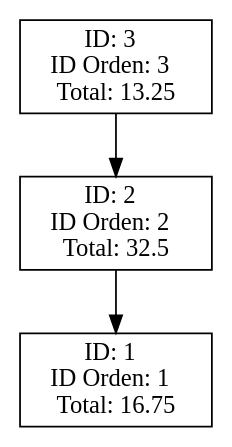
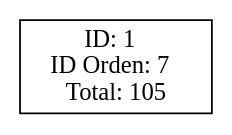
The diagram in Fase_1/AutoGestPro/Reportes/reporte_facturas.dot (0520Jose/-EDD-1S2025_202300539), drawn with Graphviz before and after one commit. The commit also changed 23 other files, not shown here.

```diff
--- a/Fase_1/AutoGestPro/Reportes/reporte_facturas.dot
+++ b/Fase_1/AutoGestPro/Reportes/reporte_facturas.dot
@@ -1,15 +1,7 @@
 digraph G {
 node [shape=rect];
 rankdir=TB;
-node3[label="ID: 3  
-ID Orden: 3  
-Total: 13.25", shape=rect];
-node3 -> node2;
-node2[label="ID: 2  
-ID Orden: 2  
-Total: 32.5", shape=rect];
-node2 -> node1;
 node1[label="ID: 1  
-ID Orden: 1  
-Total: 16.75", shape=rect];
+ID Orden: 7  
+Total: 105", shape=rect];
 }
```
